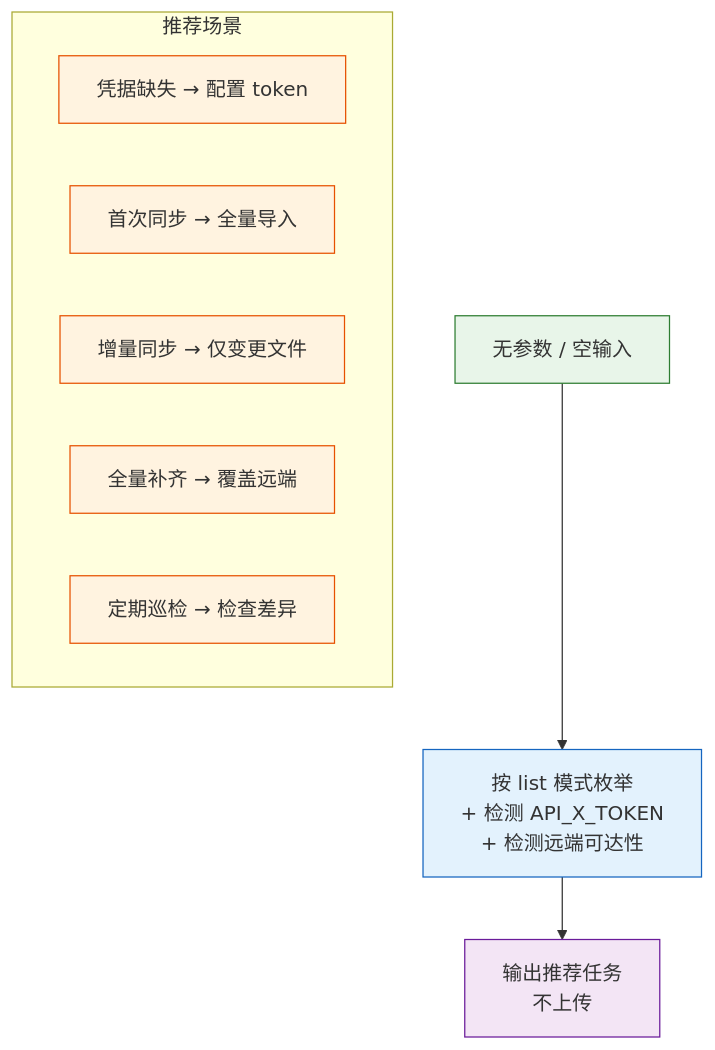
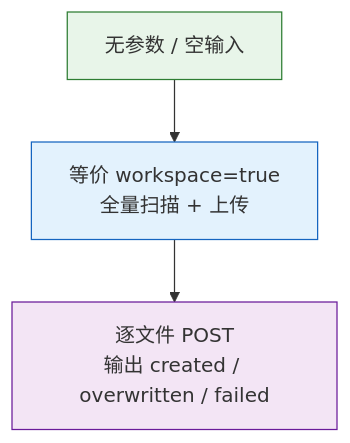
The seventh of 8 diagrams in skills/import-docs/SKILL.md (effiy/YrY), drawn with Mermaid before and after one commit. The commit also changed 4 other files, not shown here.

````diff
--- a/skills/import-docs/SKILL.md
+++ b/skills/import-docs/SKILL.md
@@ -275,18 +275,9 @@
 ```mermaid
 flowchart TD
-    EMPTY["无参数 / 空输入"]:::src --> LIST["按 list 模式枚举<br/>+ 检测 API_X_TOKEN<br/>+ 检测远端可达性"]:::op
-    LIST --> RECOMMEND["输出推荐任务<br/>不上传"]:::out
-
-    subgraph 推荐["推荐场景"]
-        R1["凭据缺失 → 配置 token"]:::rec
-        R2["首次同步 → 全量导入"]:::rec
-        R3["增量同步 → 仅变更文件"]:::rec
-        R4["全量补齐 → 覆盖远端"]:::rec
-        R5["定期巡检 → 检查差异"]:::rec
-    end
+    EMPTY["无参数 / 空输入"]:::src --> DEFAULT["等价 workspace=true<br/>全量扫描 + 上传"]:::op
+    DEFAULT --> RESULT["逐文件 POST<br/>输出 created / overwritten / failed"]:::out
 
     classDef src fill:#e8f5e9,stroke:#2e7d32;
     classDef op fill:#e3f2fd,stroke:#1565c0;
     classDef out fill:#f3e5f5,stroke:#6a1b9a;
-    classDef rec fill:#fff3e0,stroke:#e65100;
 ```
````
